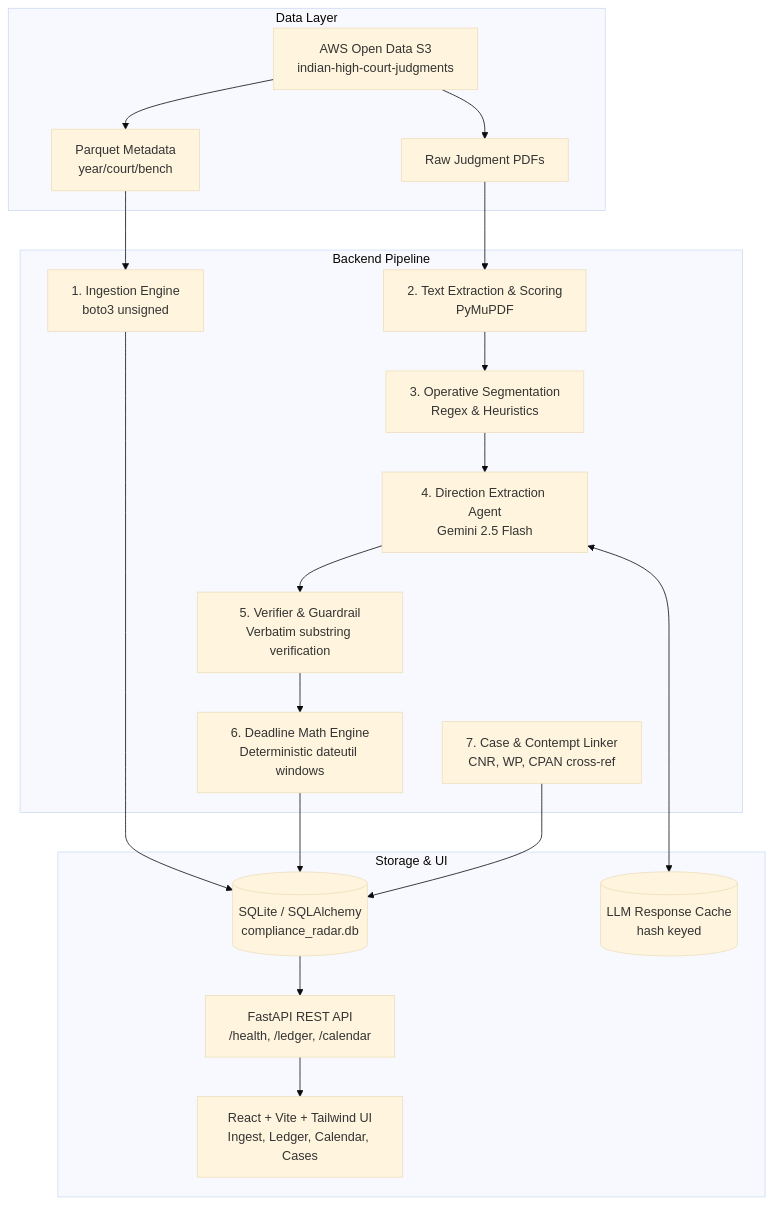
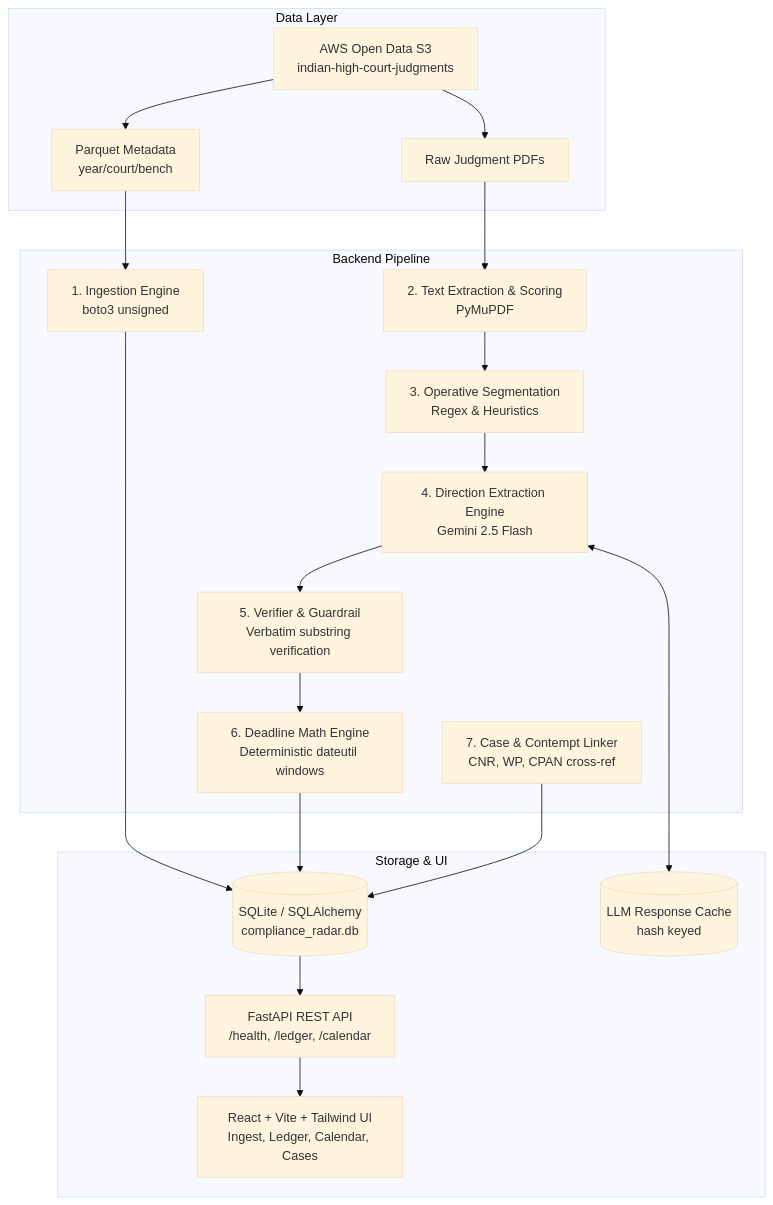
The diagram in README.md (vachan-pavasiya/NyaySetu), drawn with Mermaid (base theme) before and after one commit. The commit also changed other lines of this file and 21 other files, not shown here.

````diff
--- a/README.md
+++ b/README.md
@@ -5,40 +5,40 @@
 ```mermaid
 graph TD
     subgraph Data Layer
         S3[AWS Open Data S3<br/>indian-high-court-judgments]
         META[Parquet Metadata<br/>year/court/bench]
         PDF[Raw Judgment PDFs]
         S3 --> META
         S3 --> PDF
     end
 
     subgraph Backend Pipeline
         ING[1. Ingestion Engine<br/>boto3 unsigned]
         EXT[2. Text Extraction & Scoring<br/>PyMuPDF]
         SEG[3. Operative Segmentation<br/>Regex & Heuristics]
-        LLM[4. Direction Extraction Agent<br/>Gemini 2.5 Flash]
+        LLM[4. Direction Extraction Engine<br/>Gemini 2.5 Flash]
         VER[5. Verifier & Guardrail<br/>Verbatim substring verification]
         DATE[6. Deadline Math Engine<br/>Deterministic dateutil windows]
         LINK[7. Case & Contempt Linker<br/>CNR, WP, CPAN cross-ref]
     end
 
     subgraph Storage & UI
         DB[(SQLite / SQLAlchemy<br/>compliance_radar.db)]
         CACHE[(LLM Response Cache<br/>hash keyed)]
         API[FastAPI REST API<br/>/health, /ledger, /calendar]
         FE[React + Vite + Tailwind UI<br/>Ingest, Ledger, Calendar, Cases]
     end
 
     META --> ING
     PDF --> EXT
     ING --> DB
     EXT --> SEG
     SEG --> LLM
     LLM <--> CACHE
     LLM --> VER
     VER --> DATE
     DATE --> DB
     LINK --> DB
     DB --> API
     API --> FE
 ```
````
